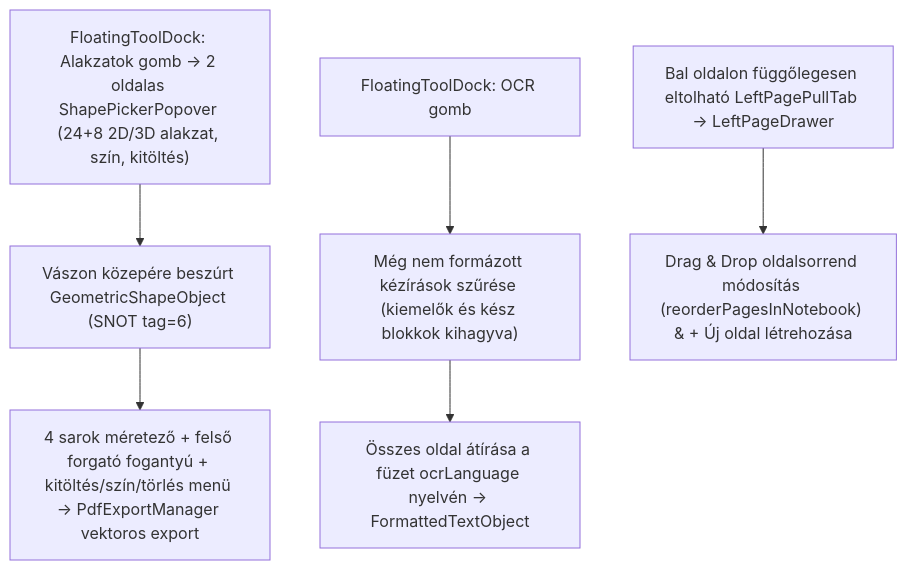
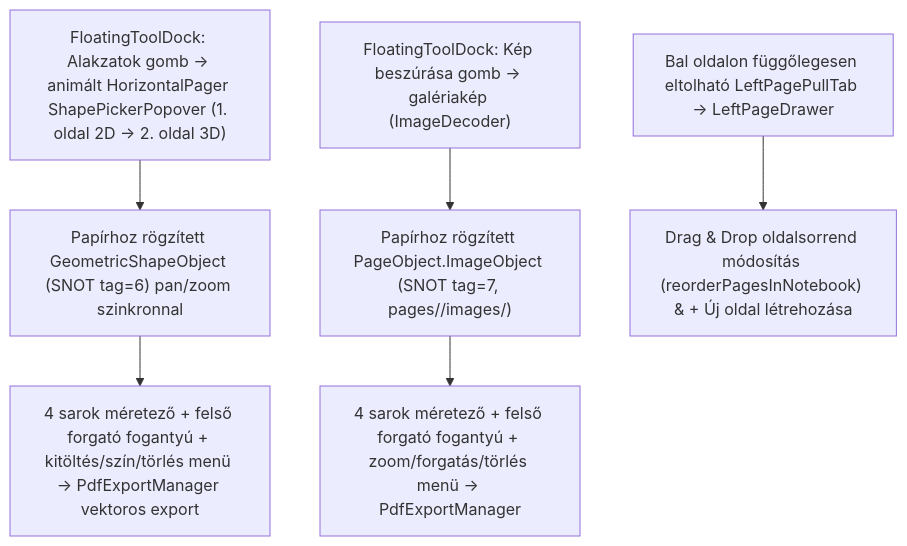
One commit to Fruktoz0/Stylusnote changed the seventh of 7 diagrams in docs/user_journeys.md. Above: the diagram before and after it, drawn with Mermaid. The commit also changed other lines of this file and 17 other files, not shown here.

````diff
--- a/docs/user_journeys.md
+++ b/docs/user_journeys.md
@@ -117,8 +117,8 @@
 ```mermaid
 flowchart TD
-    S1["FloatingToolDock: Alakzatok gomb → 2 oldalas ShapePickerPopover (24+8 2D/3D alakzat, szín, kitöltés)"] --> S2["Vászon közepére beszúrt GeometricShapeObject (SNOT tag=6)"]
+    S1["FloatingToolDock: Alakzatok gomb → animált HorizontalPager ShapePickerPopover (1. oldal 2D → 2. oldal 3D)"] --> S2["Papírhoz rögzített GeometricShapeObject (SNOT tag=6) pan/zoom szinkronnal"]
     S2 --> S3["4 sarok méretező + felső forgató fogantyú + kitöltés/szín/törlés menü → PdfExportManager vektoros export"]
-    O1["FloatingToolDock: OCR gomb"] --> O2["Még nem formázott kézírások szűrése (kiemelők és kész blokkok kihagyva)"]
-    O2 --> O3["Összes oldal átírása a füzet ocrLanguage nyelvén → FormattedTextObject"]
+    I1["FloatingToolDock: Kép beszúrása gomb → galériakép (ImageDecoder)"] --> I2["Papírhoz rögzített PageObject.ImageObject (SNOT tag=7, pages/<id>/images/)"]
+    I2 --> I3["4 sarok méretező + felső forgató fogantyú + zoom/forgatás/törlés menü → PdfExportManager"]
     P1["Bal oldalon függőlegesen eltolható LeftPagePullTab → LeftPageDrawer"] --> P2["Drag & Drop oldalsorrend módosítás (reorderPagesInNotebook) & + Új oldal létrehozása"]
 ```
````
